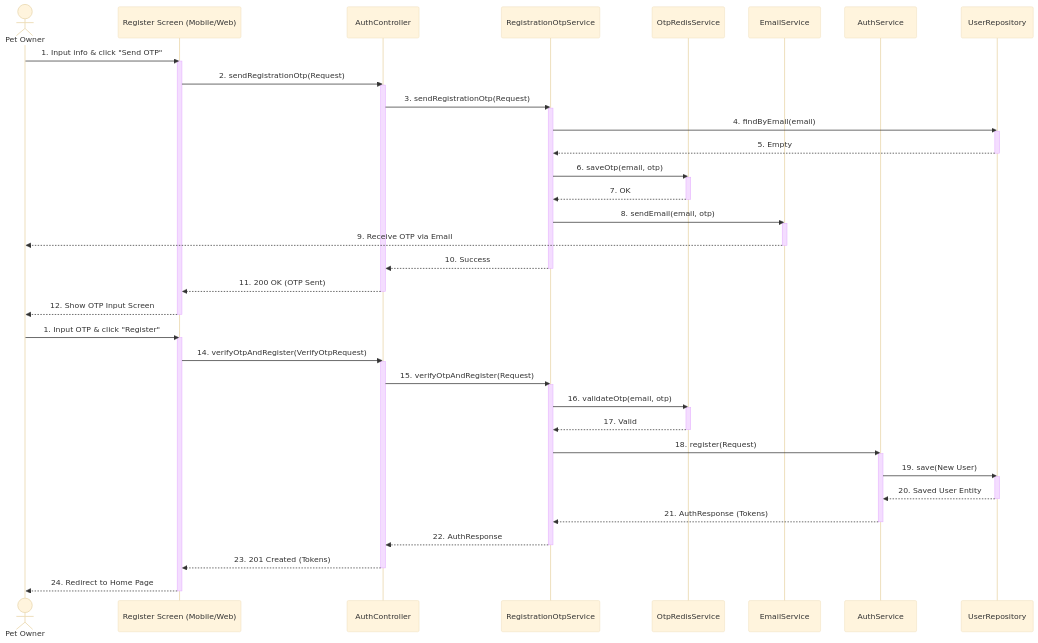
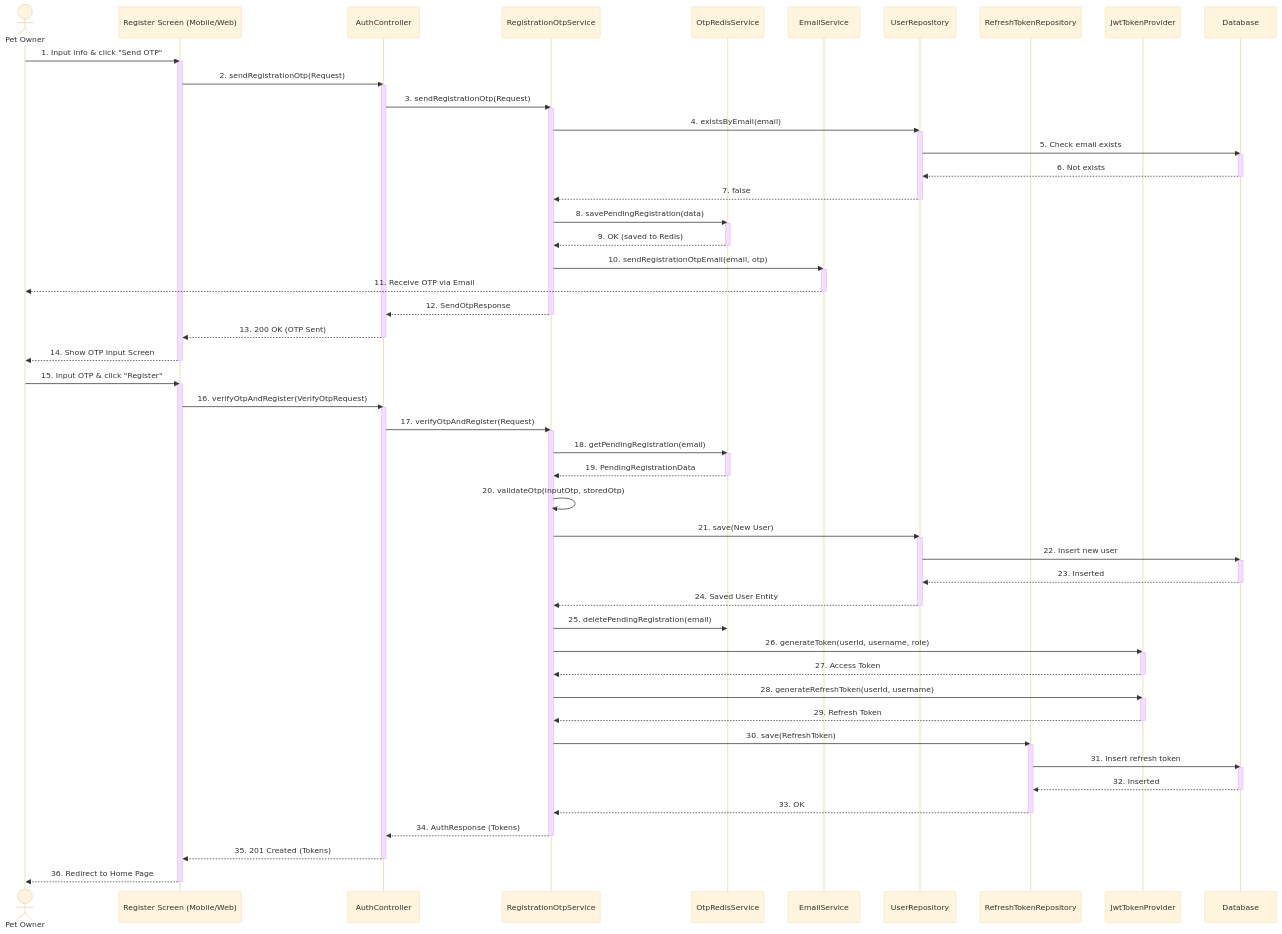
Before and after one commit to espresso23/Petties-Veterinary-Appointment-Booking-Platform: the seventh of 42 diagrams in docs-references/documentation/SDD/REPORT_4_SDD_SYSTEM_DESIGN.md, drawn with Mermaid (base theme). The commit also changed other lines of this file and 15 other files, not shown here.

````diff
--- a/docs-references/documentation/SDD/REPORT_4_SDD_SYSTEM_DESIGN.md
+++ b/docs-references/documentation/SDD/REPORT_4_SDD_SYSTEM_DESIGN.md
@@ -891,8 +975,10 @@
     participant ROS as RegistrationOtpService
     participant ORS as OtpRedisService
     participant ES as EmailService
-    participant AS as AuthService
     participant UR as UserRepository
+    participant RTR as RefreshTokenRepository
+    participant JTP as JwtTokenProvider
+    participant DB as Database
 
     User->>UI: 1. Input info & click "Send OTP"
     activate UI
@@ -900,47 +986,69 @@
     activate AC
     AC->>ROS: 3. sendRegistrationOtp(Request)
     activate ROS
-    ROS->>UR: 4. findByEmail(email)
+    ROS->>UR: 4. existsByEmail(email)
     activate UR
-    UR-->>ROS: 5. Empty
+    UR->>DB: 5. Check email exists
+    activate DB
+    DB-->>UR: 6. Not exists
+    deactivate DB
+    UR-->>ROS: 7. false
     deactivate UR
-    ROS->>ORS: 6. saveOtp(email, otp)
+    ROS->>ORS: 8. savePendingRegistration(data)
     activate ORS
-    ORS-->>ROS: 7. OK
+    ORS-->>ROS: 9. OK (saved to Redis)
     deactivate ORS
-    ROS->>ES: 8. sendEmail(email, otp)
+    ROS->>ES: 10. sendRegistrationOtpEmail(email, otp)
     activate ES
-    ES-->>User: 9. Receive OTP via Email
+    ES-->>User: 11. Receive OTP via Email
     deactivate ES
-    ROS-->>AC: 10. Success
+    ROS-->>AC: 12. SendOtpResponse
     deactivate ROS
-    AC-->>UI: 11. 200 OK (OTP Sent)
+    AC-->>UI: 13. 200 OK (OTP Sent)
     deactivate AC
-    UI-->>User: 12. Show OTP Input Screen
+    UI-->>User: 14. Show OTP Input Screen
     deactivate UI
 
-    User->>UI: 1. Input OTP & click "Register"
+    User->>UI: 15. Input OTP & click "Register"
     activate UI
-    UI->>AC: 14. verifyOtpAndRegister(VerifyOtpRequest)
+    UI->>AC: 16. verifyOtpAndRegister(VerifyOtpRequest)
     activate AC
-    AC->>ROS: 15. verifyOtpAndRegister(Request)
+    AC->>ROS: 17. verifyOtpAndRegister(Request)
     activate ROS
-    ROS->>ORS: 16. validateOtp(email, otp)
+    ROS->>ORS: 18. getPendingRegistration(email)
     activate ORS
-    ORS-->>ROS: 17. Valid
+    ORS-->>ROS: 19. PendingRegistrationData
     deactivate ORS
-    ROS->>AS: 18. register(Request)
-    activate AS
-    AS->>UR: 19. save(New User)
+    ROS->>ROS: 20. validateOtp(inputOtp, storedOtp)
+    ROS->>UR: 21. save(New User)
     activate UR
-    UR-->>AS: 20. Saved User Entity
+    UR->>DB: 22. Insert new user
+    activate DB
+    DB-->>UR: 23. Inserted
+    deactivate DB
+    UR-->>ROS: 24. Saved User Entity
     deactivate UR
-    AS-->>ROS: 21. AuthResponse (Tokens)
-    deactivate AS
-    ROS-->>AC: 22. AuthResponse
+    ROS->>ORS: 25. deletePendingRegistration(email)
+    ROS->>JTP: 26. generateToken(userId, username, role)
+    activate JTP
+    JTP-->>ROS: 27. Access Token
+    deactivate JTP
+    ROS->>JTP: 28. generateRefreshToken(userId, username)
+    activate JTP
+    JTP-->>ROS: 29. Refresh Token
+    deactivate JTP
+    ROS->>RTR: 30. save(RefreshToken)
+    activate RTR
+    RTR->>DB: 31. Insert refresh token
+    activate DB
+    DB-->>RTR: 32. Inserted
+    deactivate DB
+    RTR-->>ROS: 33. OK
+    deactivate RTR
+    ROS-->>AC: 34. AuthResponse (Tokens)
     deactivate ROS
-    AC-->>UI: 23. 201 Created (Tokens)
+    AC-->>UI: 35. 201 Created (Tokens)
     deactivate AC
-    UI-->>User: 24. Redirect to Home Page
+    UI-->>User: 36. Redirect to Home Page
     deactivate UI
 ```
````
